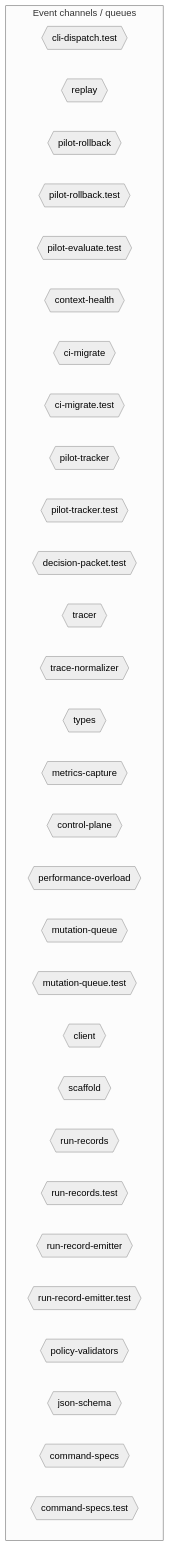
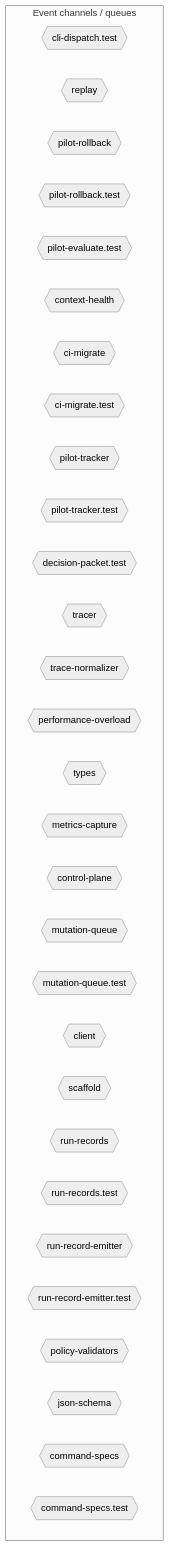
The sixth of 10 diagrams in AI/context/diagram-context.md (jscraik/coding-harness), drawn with Mermaid (neutral theme) before and after one commit. The commit also changed other lines of this file, not shown here.

First line of the commit message:
chore(diagrams): refresh context artifact

````diff
--- a/AI/context/diagram-context.md
+++ b/AI/context/diagram-context.md
@@ -1870,36 +1873,36 @@
 ```mermaid
 flowchart TD
   subgraph Channels["Event channels / queues"]
     cli_dispatch_test_54c9f17b{{"cli-dispatch.test"}}
     replay_ac203c98{{"replay"}}
     pilot_rollback_00c1f82c{{"pilot-rollback"}}
     pilot_rollback_test_e61d5a2b{{"pilot-rollback.test"}}
     pilot_evaluate_test_a2ac06fc{{"pilot-evaluate.test"}}
     context_health_80bb7da9{{"context-health"}}
     ci_migrate_78bb70b1{{"ci-migrate"}}
     ci_migrate_test_2a015bb9{{"ci-migrate.test"}}
     pilot_tracker_5c767813{{"pilot-tracker"}}
     pilot_tracker_test_80398a66{{"pilot-tracker.test"}}
     decision_packet_test_9ea0e97b{{"decision-packet.test"}}
     tracer_1e6243a2{{"tracer"}}
     trace_normalizer_cb1be1d2{{"trace-normalizer"}}
-    types_8_f6283648{{"types"}}
+    performance_overload_c685bfcf{{"performance-overload"}}
+    types_9_1db4641f{{"types"}}
     metrics_capture_1d1a2c08{{"metrics-capture"}}
     control_plane_96826665{{"control-plane"}}
-    performance_overload_c685bfcf{{"performance-overload"}}
     mutation_queue_ce5a530e{{"mutation-queue"}}
     mutation_queue_test_10b599e8{{"mutation-queue.test"}}
     client_1_914e1681{{"client"}}
     scaffold_db8a7260{{"scaffold"}}
     run_records_f616aa7c{{"run-records"}}
     run_records_test_3ee6a0e3{{"run-records.test"}}
     run_record_emitter_00168a3a{{"run-record-emitter"}}
     run_record_emitter_test_5475c0da{{"run-record-emitter.test"}}
     policy_validators_6682e192{{"policy-validators"}}
     json_schema_74a768d7{{"json-schema"}}
     command_specs_69167c63{{"command-specs"}}
     command_specs_test_7f693e85{{"command-specs.test"}}
   end
   classDef eventNode fill:#db2777,color:#fff
 
 ```
````
